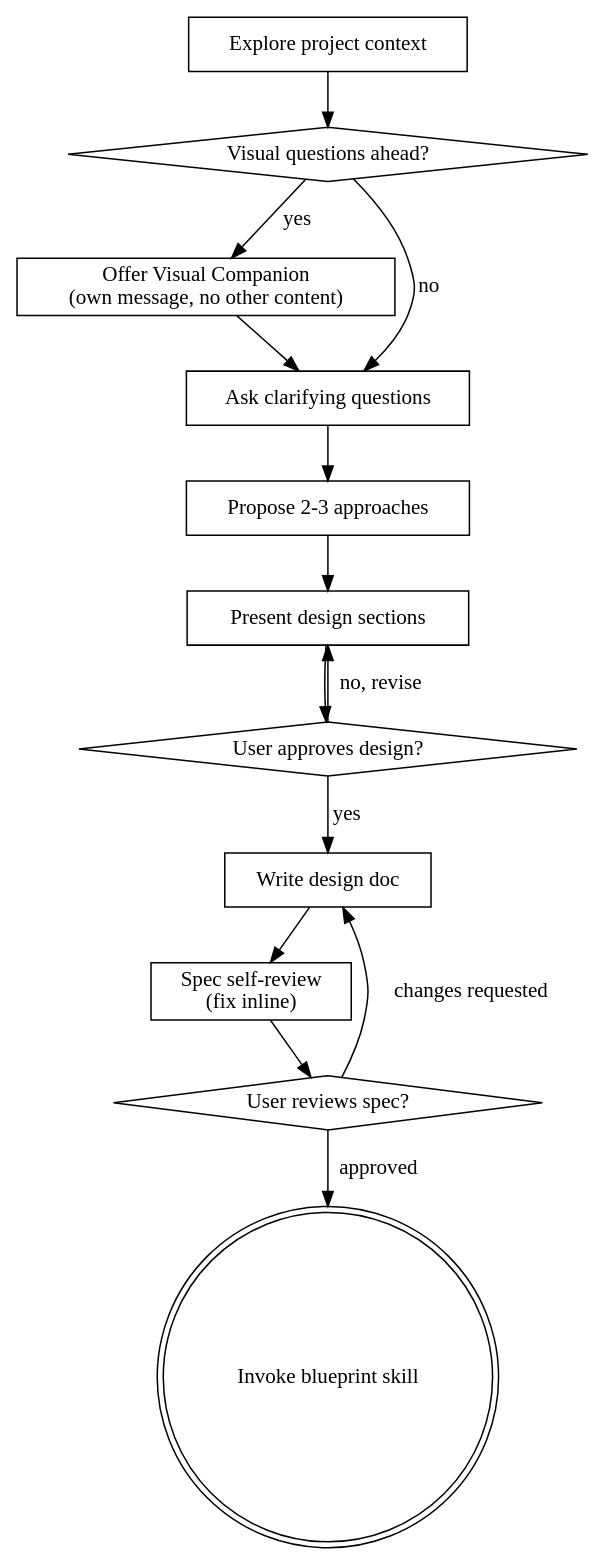
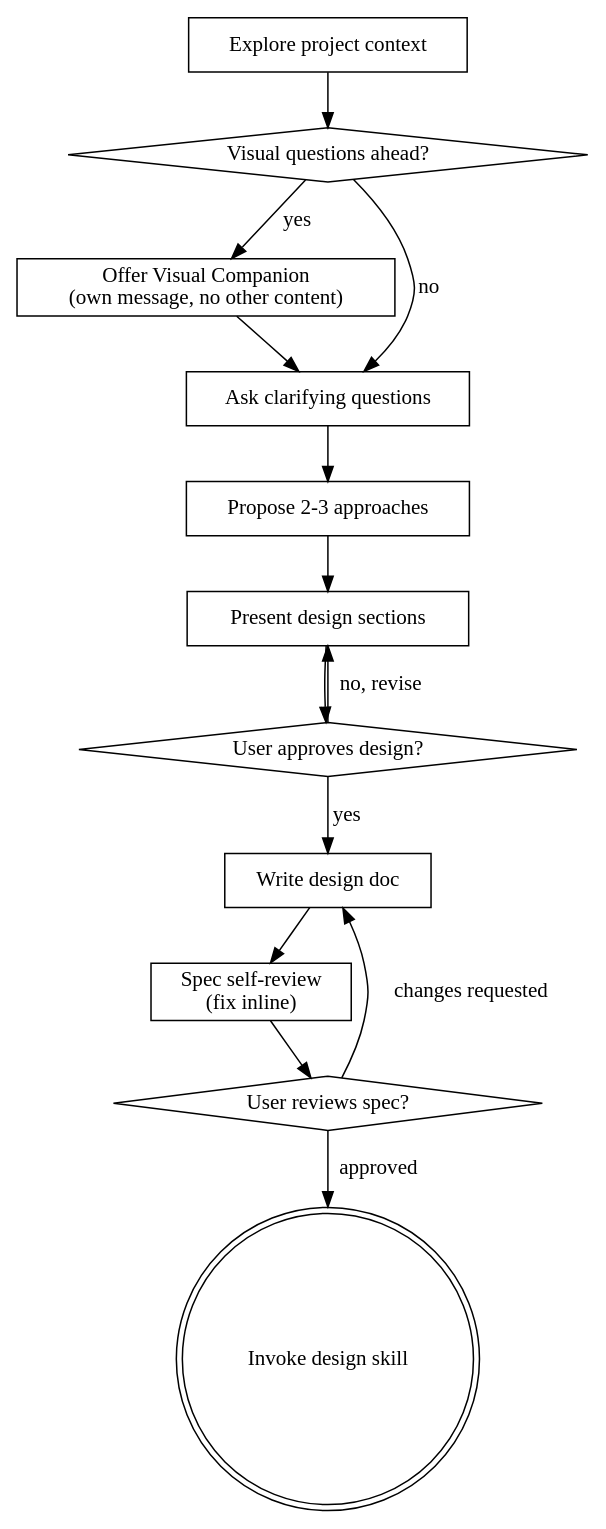
One commit to don-smith/myflow changed the diagram in skills/brainstorming/SKILL.md. Above: the diagram before and after it, drawn with Graphviz. The commit also changed other lines of this file and 31 other files, not shown here.

Commit message:
refactor: streamline stage 2 design planning flow

````diff
--- a/skills/brainstorming/SKILL.md
+++ b/skills/brainstorming/SKILL.md
@@ -40,29 +40,29 @@
 ```dot
 digraph brainstorming {
     "Explore project context" [shape=box];
     "Visual questions ahead?" [shape=diamond];
     "Offer Visual Companion\n(own message, no other content)" [shape=box];
     "Ask clarifying questions" [shape=box];
     "Propose 2-3 approaches" [shape=box];
     "Present design sections" [shape=box];
     "User approves design?" [shape=diamond];
     "Write design doc" [shape=box];
     "Spec self-review\n(fix inline)" [shape=box];
     "User reviews spec?" [shape=diamond];
-    "Invoke blueprint skill" [shape=doublecircle];
+    "Invoke design skill" [shape=doublecircle];
 
     "Explore project context" -> "Visual questions ahead?";
     "Visual questions ahead?" -> "Offer Visual Companion\n(own message, no other content)" [label="yes"];
     "Visual questions ahead?" -> "Ask clarifying questions" [label="no"];
     "Offer Visual Companion\n(own message, no other content)" -> "Ask clarifying questions";
     "Ask clarifying questions" -> "Propose 2-3 approaches";
     "Propose 2-3 approaches" -> "Present design sections";
     "Present design sections" -> "User approves design?";
     "User approves design?" -> "Present design sections" [label="no, revise"];
     "User approves design?" -> "Write design doc" [label="yes"];
     "Write design doc" -> "Spec self-review\n(fix inline)";
     "Spec self-review\n(fix inline)" -> "User reviews spec?";
     "User reviews spec?" -> "Write design doc" [label="changes requested"];
-    "User reviews spec?" -> "Invoke blueprint skill" [label="approved"];
+    "User reviews spec?" -> "Invoke design skill" [label="approved"];
 }
 ```
````
